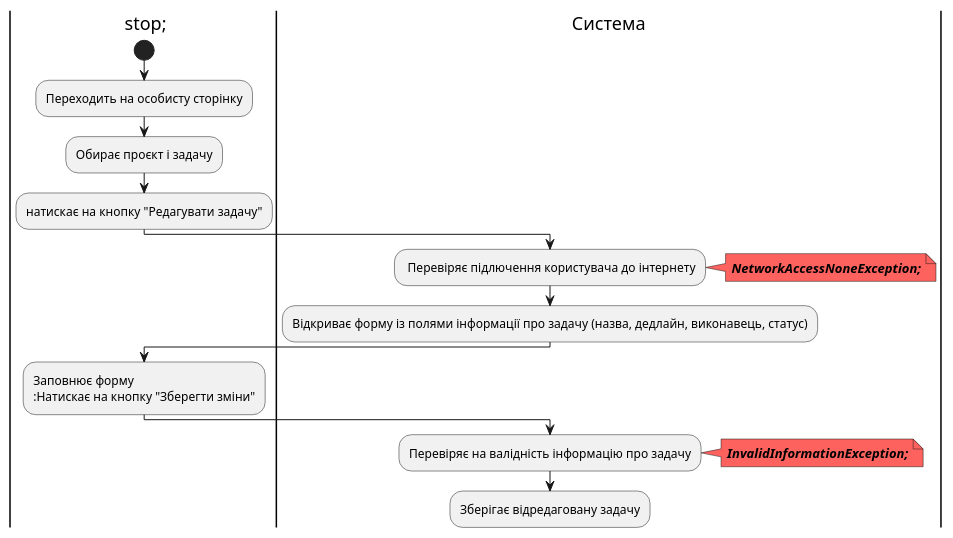
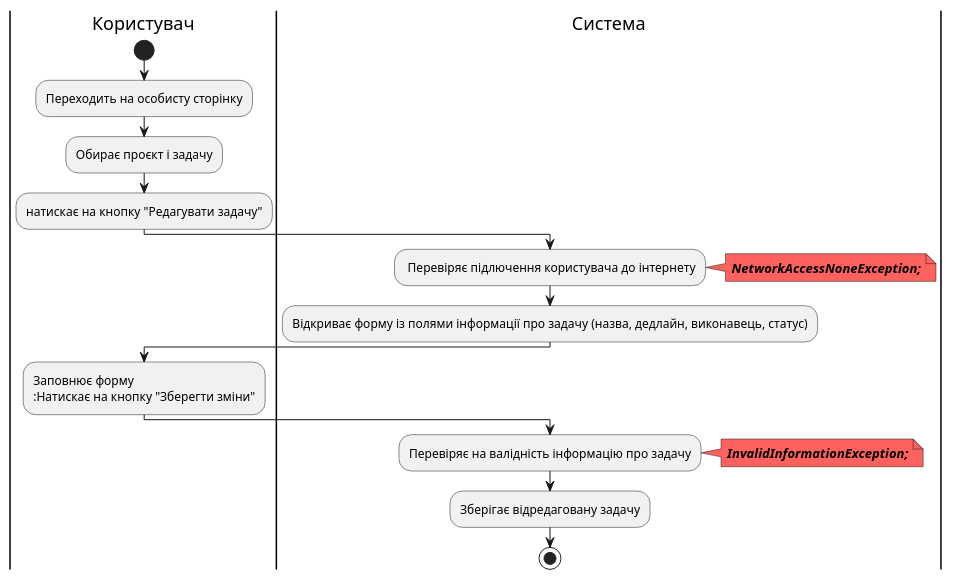
The ninth of 19 diagrams in docs/use cases/README.md (stbestichhh/db_project-manager), drawn with PlantUML before and after one commit. The commit also changed other lines of this file, not shown here.

Commit message:
Fixed diagram

```diff
--- a/docs/use cases/README.md
+++ b/docs/use cases/README.md
@@ -328,28 +328,28 @@
 @startuml
 
 |Користувач|
 start;
 :Переходить на особисту сторінку;
 :Обирає проєкт і задачу;
 :натискає на кнопку "Редагувати задачу";
 
 |Система|
 : Перевіряє підлючення користувача до інтернету;
 note right #fd625e
 <b><i>NetworkAccessNoneException;
 end note
 :Відкриває форму із полями інформації про задачу (назва, дедлайн, виконавець, статус);
 
 |Користувач|
 :Заповнює форму
 :Натискає на кнопку "Зберегти зміни";
 
 |Система|
 :Перевіряє на валідність інформацію про задачу;
 note right #fd625e
 <b><i>InvalidInformationException;
 end note
 :Зберігає відредаговану задачу;
 
-|Користувач| stop;
+stop;
 @enduml
```
